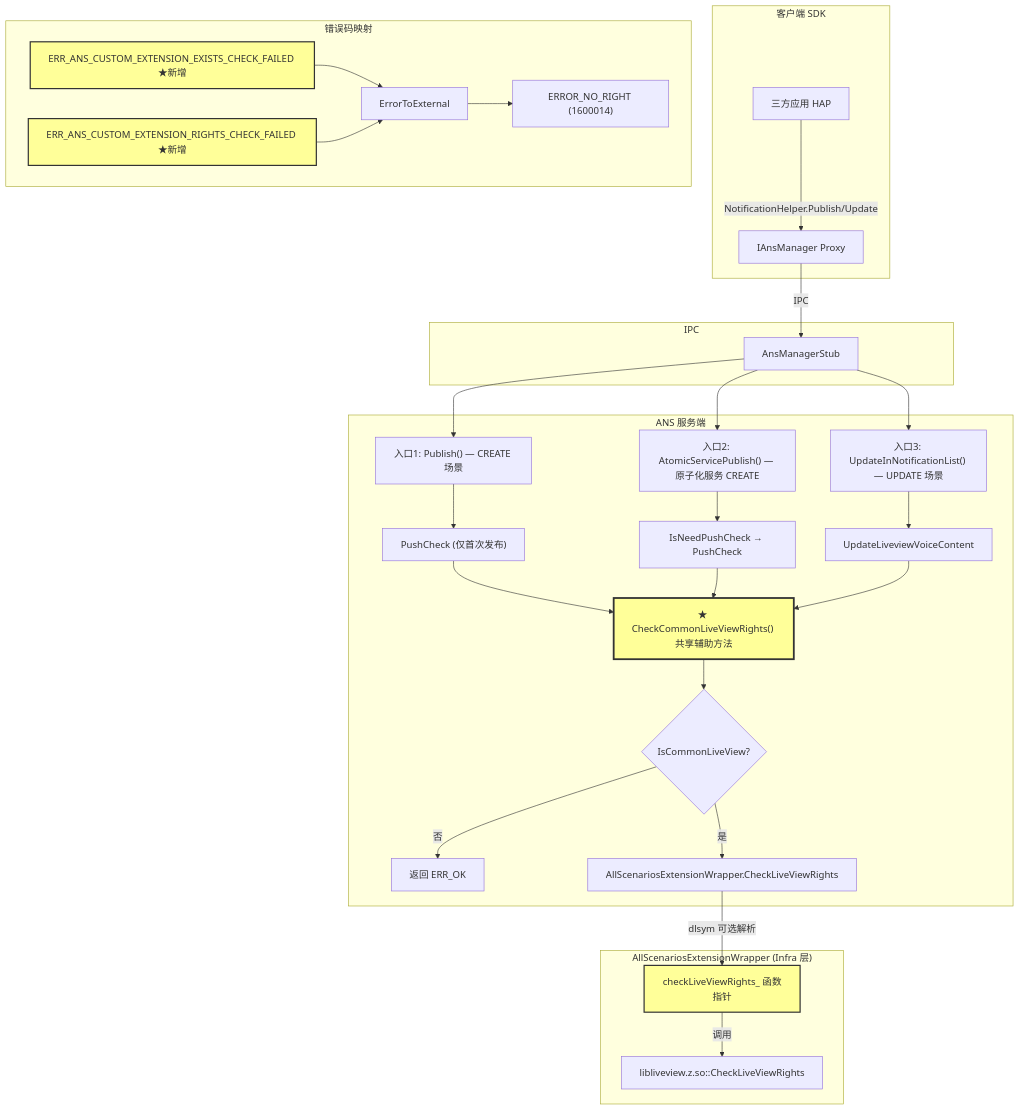
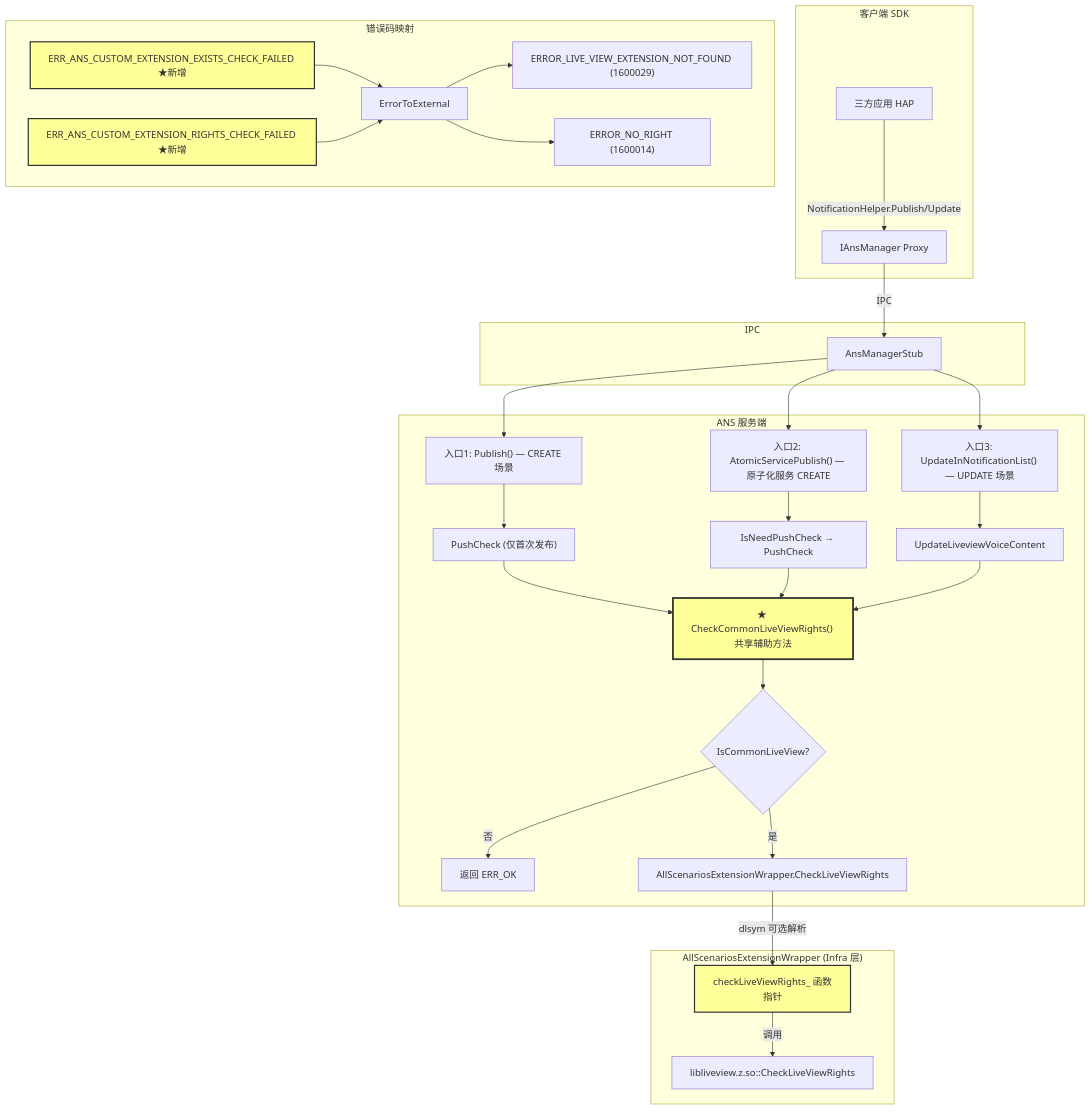
The diagram in docs/features/liveview-rights-check/summary.md (openharmony/notification_distributed_notification_service), drawn with Mermaid before and after one commit. The commit also changed other lines of this file and 4 other files, not shown here.

First line of the commit message:
fix: refactor liveview error codes for custom extension checks

````diff
--- a/docs/features/liveview-rights-check/summary.md
+++ b/docs/features/liveview-rights-check/summary.md
@@ -49,46 +49,47 @@
 ```mermaid
 graph TB
     subgraph "客户端 SDK"
         APP["三方应用 HAP"] -->|"NotificationHelper.Publish/Update"| PROXY["IAnsManager Proxy"]
     end
 
     subgraph "IPC"
         PROXY -->|"IPC"| STUB["AnsManagerStub"]
     end
 
     subgraph "ANS 服务端"
         STUB --> PUBLISH["入口1: Publish() — CREATE 场景"]
         STUB --> ATOMIC["入口2: AtomicServicePublish() — 原子化服务 CREATE"]
         STUB --> UPDATE["入口3: UpdateInNotificationList() — UPDATE 场景"]
 
         PUBLISH --> STEP6["PushCheck (仅首次发布)"]
         STEP6 --> HELPER
 
         ATOMIC --> ATOMIC_PC["IsNeedPushCheck → PushCheck"]
         ATOMIC_PC --> HELPER
 
         UPDATE --> USTEP1["UpdateLiveviewVoiceContent"]
         USTEP1 --> HELPER
 
         HELPER["★ CheckCommonLiveViewRights() 共享辅助方法"]
         HELPER --> IS_CLV{"IsCommonLiveView?"}
         IS_CLV -->|否| SKIP["返回 ERR_OK"]
         IS_CLV -->|是| ASEW["AllScenariosExtensionWrapper.CheckLiveViewRights"]
     end
 
     subgraph "AllScenariosExtensionWrapper (Infra 层)"
         ASEW -->|"dlsym 可选解析"| CLR["checkLiveViewRights_ 函数指针"]
         CLR -->|"调用"| LIB["libliveview.z.so::CheckLiveViewRights"]
     end
 
     subgraph "错误码映射"
         ECE["ERR_ANS_CUSTOM_EXTENSION_EXISTS_CHECK_FAILED ★新增"] --> ETE["ErrorToExternal"]
         ECR["ERR_ANS_CUSTOM_EXTENSION_RIGHTS_CHECK_FAILED ★新增"] --> ETE
+        ETE --> ELVE["ERROR_LIVE_VIEW_EXTENSION_NOT_FOUND (1600029)"]
         ETE --> ENR["ERROR_NO_RIGHT (1600014)"]
     end
 
     style HELPER fill:#ff9,stroke:#333,stroke-width:3px
     style CLR fill:#ff9,stroke:#333,stroke-width:2px
     style ECE fill:#ff9,stroke:#333,stroke-width:2px
     style ECR fill:#ff9,stroke:#333,stroke-width:2px
 ```
````
